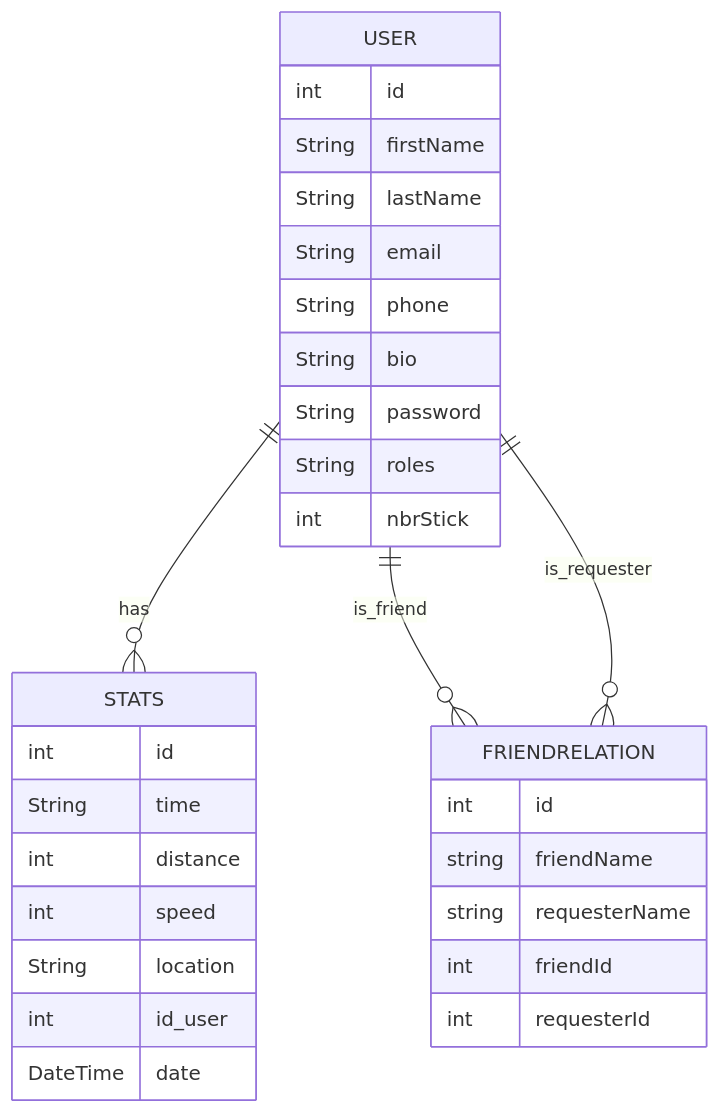
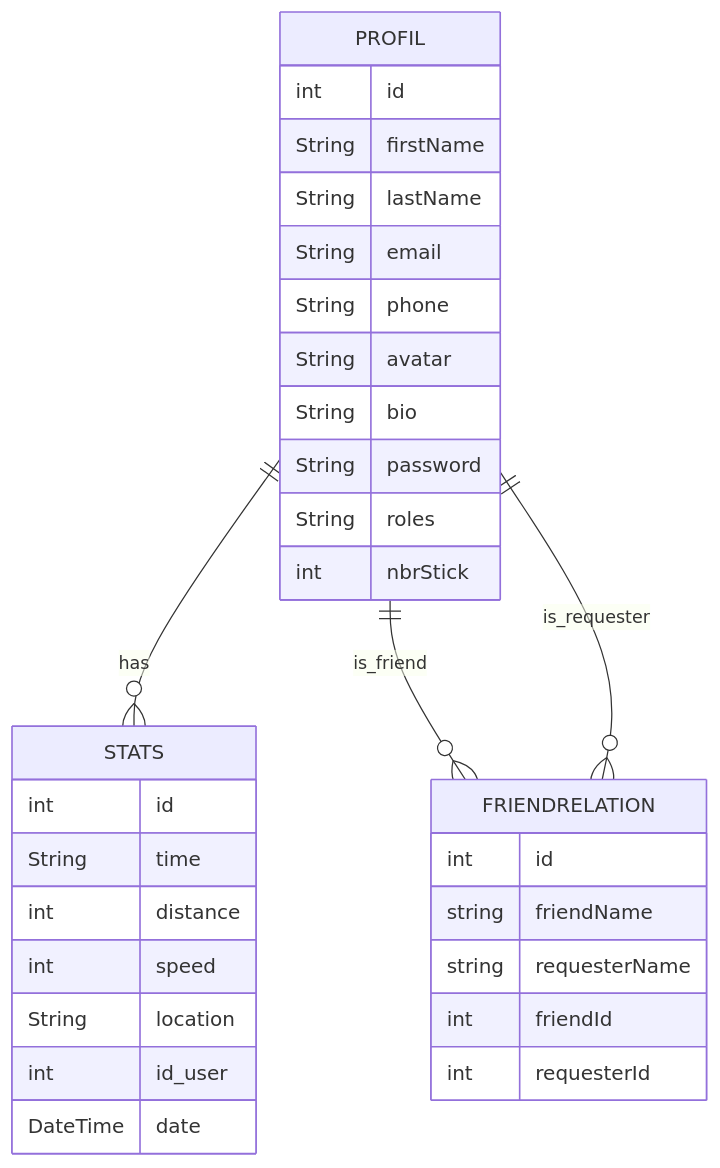
One commit to seb-mlrd/diagram-wombat-tracker changed the diagram in bdd.md. Above: the diagram before and after it, drawn with Mermaid.

Commit message:
modif bdd

````diff
--- a/bdd.md
+++ b/bdd.md
@@ -1,33 +1,34 @@
 ```mermaid
 erDiagram
-    USER ||--o{ STATS : has
-    USER ||--o{ FRIENDRELATION : is_friend
-    USER ||--o{ FRIENDRELATION : is_requester
-    USER {
+    PROFIL ||--o{ STATS : has
+    PROFIL ||--o{ FRIENDRELATION : is_friend
+    PROFIL ||--o{ FRIENDRELATION : is_requester
+    PROFIL {
         int id
         String firstName
         String lastName
         String email
         String phone
+        String avatar
         String bio
         String password
         String roles
         int nbrStick
     }
     STATS {
         int id
         String time
         int distance
         int speed
         String location
         int id_user
         DateTime date
     }
     FRIENDRELATION {
         int id
         string friendName
         string requesterName
         int friendId
         int requesterId
     }
 ```
````
